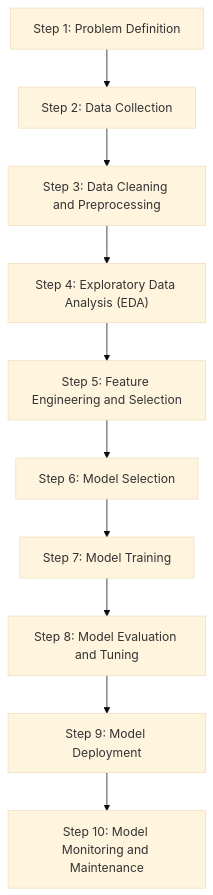
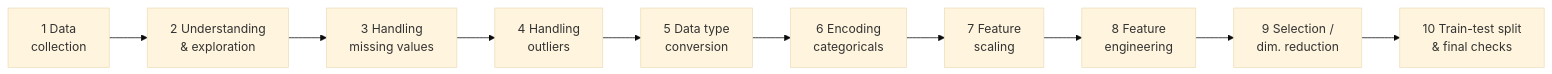
Before and after one commit to SureshAmal/learnmaker: the seventh of 27 diagrams in ml-course/unit-1.md, drawn with Mermaid (base theme). The commit also changed other lines of this file and 668 other files, not shown here.

````diff
--- a/ml-course/unit-1.md
+++ b/ml-course/unit-1.md
@@ -222,12 +622,12 @@
 ```mermaid
-flowchart TD
-    A["Step 1: Problem Definition"] --> B["Step 2: Data Collection"]
-    B --> C["Step 3: Data Cleaning and Preprocessing"]
-    C --> D["Step 4: Exploratory Data Analysis (EDA)"]
-    D --> E["Step 5: Feature Engineering and Selection"]
-    E --> F["Step 6: Model Selection"]
-    F --> G["Step 7: Model Training"]
-    G --> H["Step 8: Model Evaluation and Tuning"]
-    H --> I["Step 9: Model Deployment"]
-    I --> J["Step 10: Model Monitoring and Maintenance"]
+flowchart LR
+    S1["1 Data<br/>collection"] --> S2["2 Understanding<br/>& exploration"]
+    S2 --> S3["3 Handling<br/>missing values"]
+    S3 --> S4["4 Handling<br/>outliers"]
+    S4 --> S5["5 Data type<br/>conversion"]
+    S5 --> S6["6 Encoding<br/>categoricals"]
+    S6 --> S7["7 Feature<br/>scaling"]
+    S7 --> S8["8 Feature<br/>engineering"]
+    S8 --> S9["9 Selection /<br/>dim. reduction"]
+    S9 --> S10["10 Train-test split<br/>& final checks"]
 ```
````
